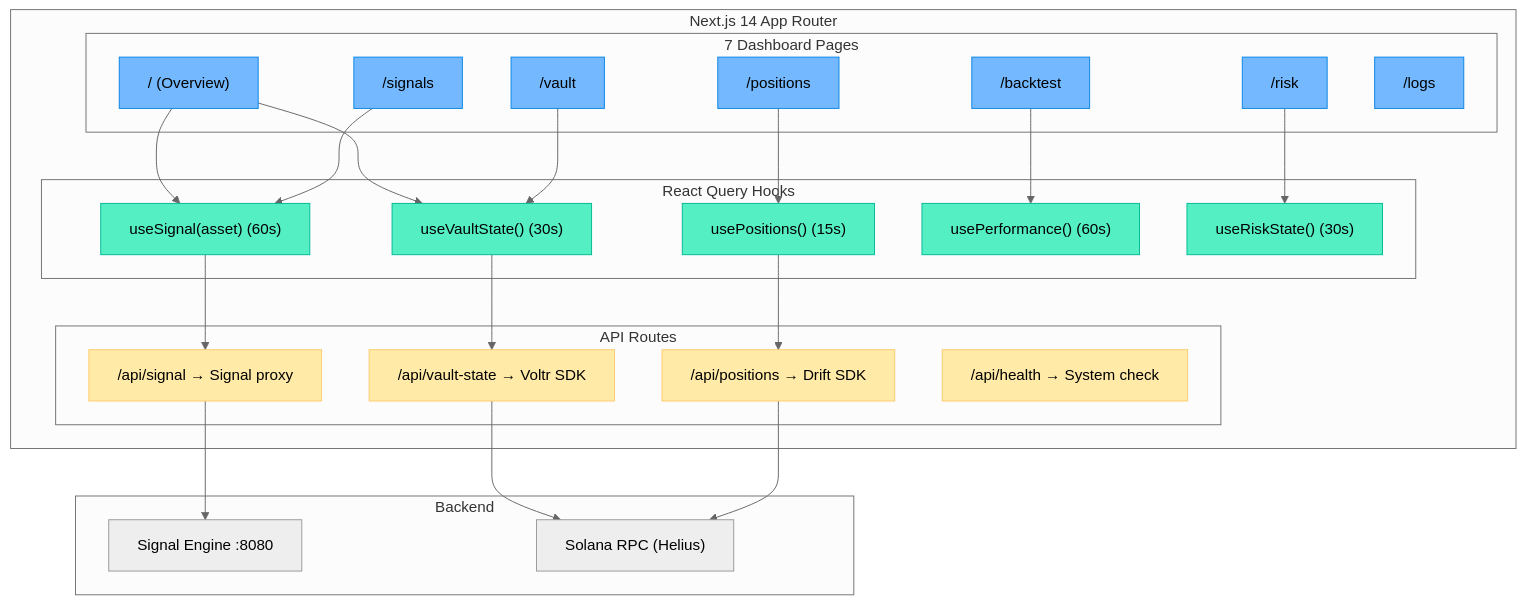
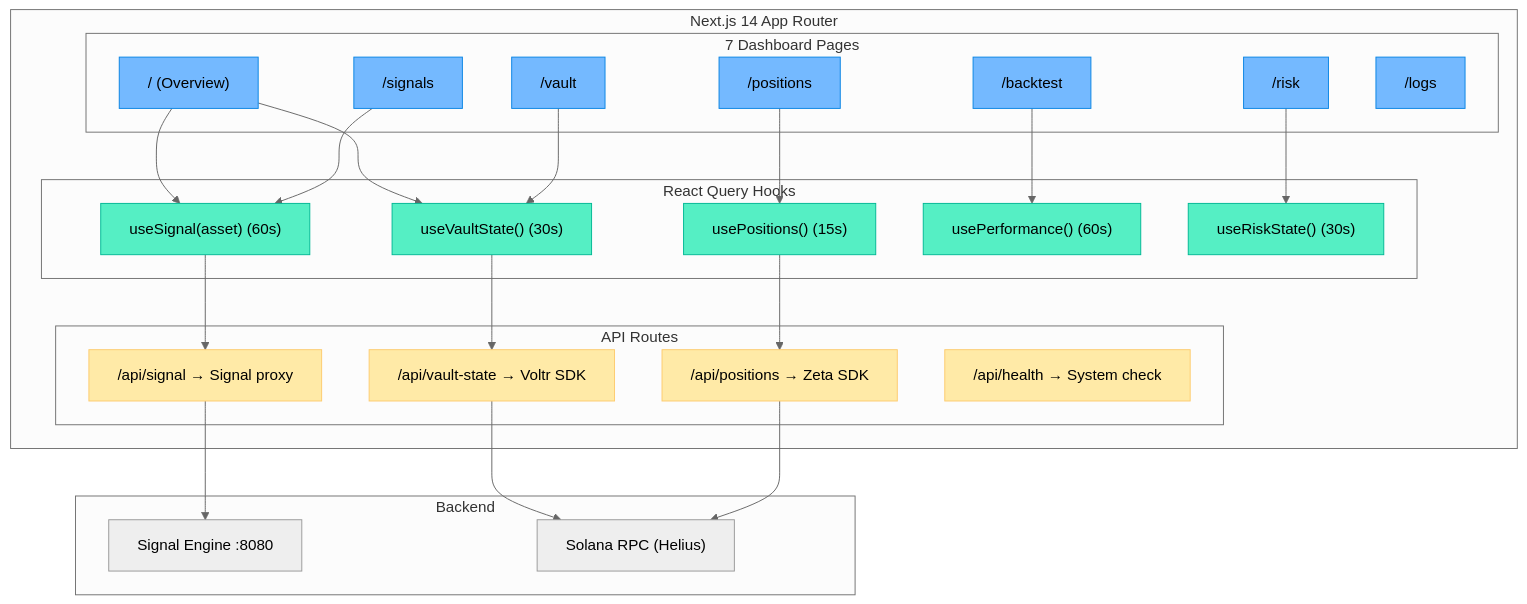
The tenth of 20 diagrams in docs/ARCHITECTURE.md (Ashutosh0x/ranger-ai-vault), drawn with Mermaid (neutral theme) before and after one commit. The commit also changed other lines of this file and 82 other files, not shown here.

Commit message:
feat: pivot from Drift to Zeta Markets and add walk-forward backtest results

````diff
--- a/docs/ARCHITECTURE.md
+++ b/docs/ARCHITECTURE.md
@@ -729,58 +729,58 @@
 ```mermaid
 graph TB
     subgraph NextApp["Next.js 14 App Router"]
         subgraph Pages["7 Dashboard Pages"]
             P1["/ (Overview)"]
             P2["/vault"]
             P3["/signals"]
             P4["/positions"]
             P5["/risk"]
             P6["/backtest"]
             P7["/logs"]
         end
 
         subgraph Hooks["React Query Hooks"]
             H1["useVaultState() (30s)"]
             H2["useSignal(asset) (60s)"]
             H3["usePositions() (15s)"]
             H4["usePerformance() (60s)"]
             H5["useRiskState() (30s)"]
         end
 
         subgraph APIRoutes["API Routes"]
             A1["/api/vault-state → Voltr SDK"]
             A2["/api/signal → Signal proxy"]
-            A3["/api/positions → Drift SDK"]
+            A3["/api/positions → Zeta SDK"]
             A4["/api/health → System check"]
         end
     end
 
     subgraph Backend["Backend"]
         SS["Signal Engine :8080"]
         SOL["Solana RPC (Helius)"]
     end
 
     P1 --> H1
     P1 --> H2
     P2 --> H1
     P3 --> H2
     P4 --> H3
     P5 --> H5
     P6 --> H4
 
     H1 --> A1
     H2 --> A2
     H3 --> A3
 
     A1 --> SOL
     A2 --> SS
     A3 --> SOL
 
     classDef page fill:#74b9ff,stroke:#0984e3
     classDef hook fill:#55efc4,stroke:#00b894
     classDef api fill:#ffeaa7,stroke:#fdcb6e
 
     class P1,P2,P3,P4,P5,P6,P7 page
     class H1,H2,H3,H4,H5 hook
     class A1,A2,A3,A4 api
 ```
````
